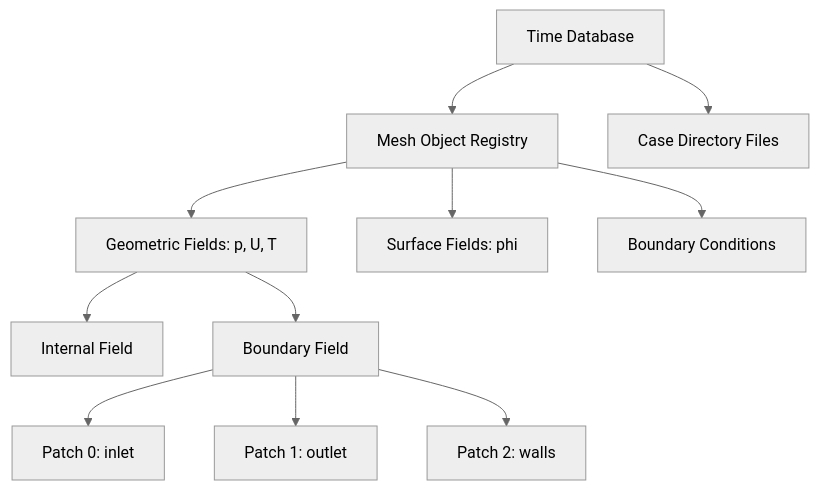
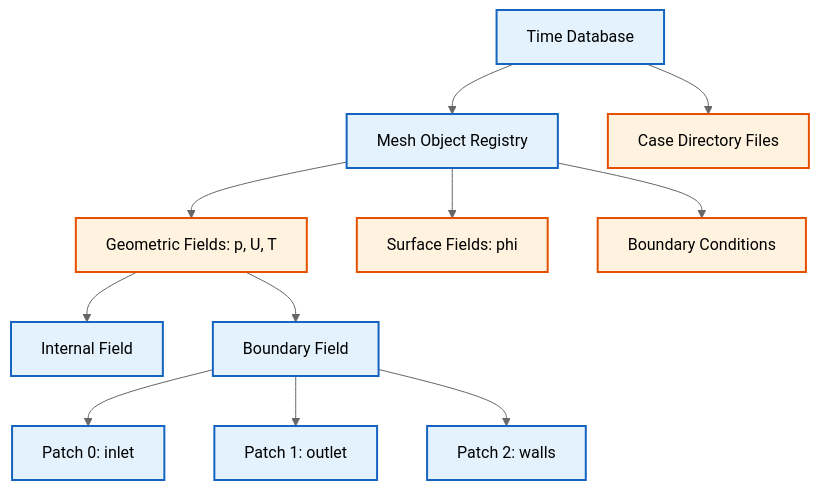
The third of 4 diagrams in MODULE_07_UTILITIES_AUTOMATION/CONTENT/08_EXPERT_UTILITIES/03_Architecture_and_Design_Patterns.md (wramet/build-my-cfd), drawn with Mermaid (neutral theme) before and after one commit. The commit also changed other lines of this file and 313 other files, not shown here.

Commit message:
Revise all diagram

````diff
--- a/MODULE_07_UTILITIES_AUTOMATION/CONTENT/08_EXPERT_UTILITIES/03_Architecture_and_Design_Patterns.md
+++ b/MODULE_07_UTILITIES_AUTOMATION/CONTENT/08_EXPERT_UTILITIES/03_Architecture_and_Design_Patterns.md
@@ -421,13 +430,17 @@
 ```mermaid
 flowchart TD
-    A[Time Database] --> B[Mesh Object Registry]
-    A --> C[Case Directory Files]
-    B --> D[Geometric Fields: p, U, T]
-    B --> E[Surface Fields: phi]
-    B --> F[Boundary Conditions]
-    D --> G[Internal Field]
-    D --> H[Boundary Field]
-    H --> I[Patch 0: inlet]
-    H --> J[Patch 1: outlet]
-    H --> K[Patch 2: walls]
+%% Classes
+classDef explicit fill:#fff3e0,stroke:#e65100,stroke-width:2px;
+classDef implicit fill:#e3f2fd,stroke:#1565c0,stroke-width:2px;
+%% Nodes
+A[Time Database]:::implicit --> B[Mesh Object Registry]:::implicit
+A --> C[Case Directory Files]:::explicit
+B --> D[Geometric Fields: p, U, T]:::explicit
+B --> E[Surface Fields: phi]:::explicit
+B --> F[Boundary Conditions]:::explicit
+D --> G[Internal Field]:::implicit
+D --> H[Boundary Field]:::implicit
+H --> I[Patch 0: inlet]:::implicit
+H --> J[Patch 1: outlet]:::implicit
+H --> K[Patch 2: walls]:::implicit
 ```
````
